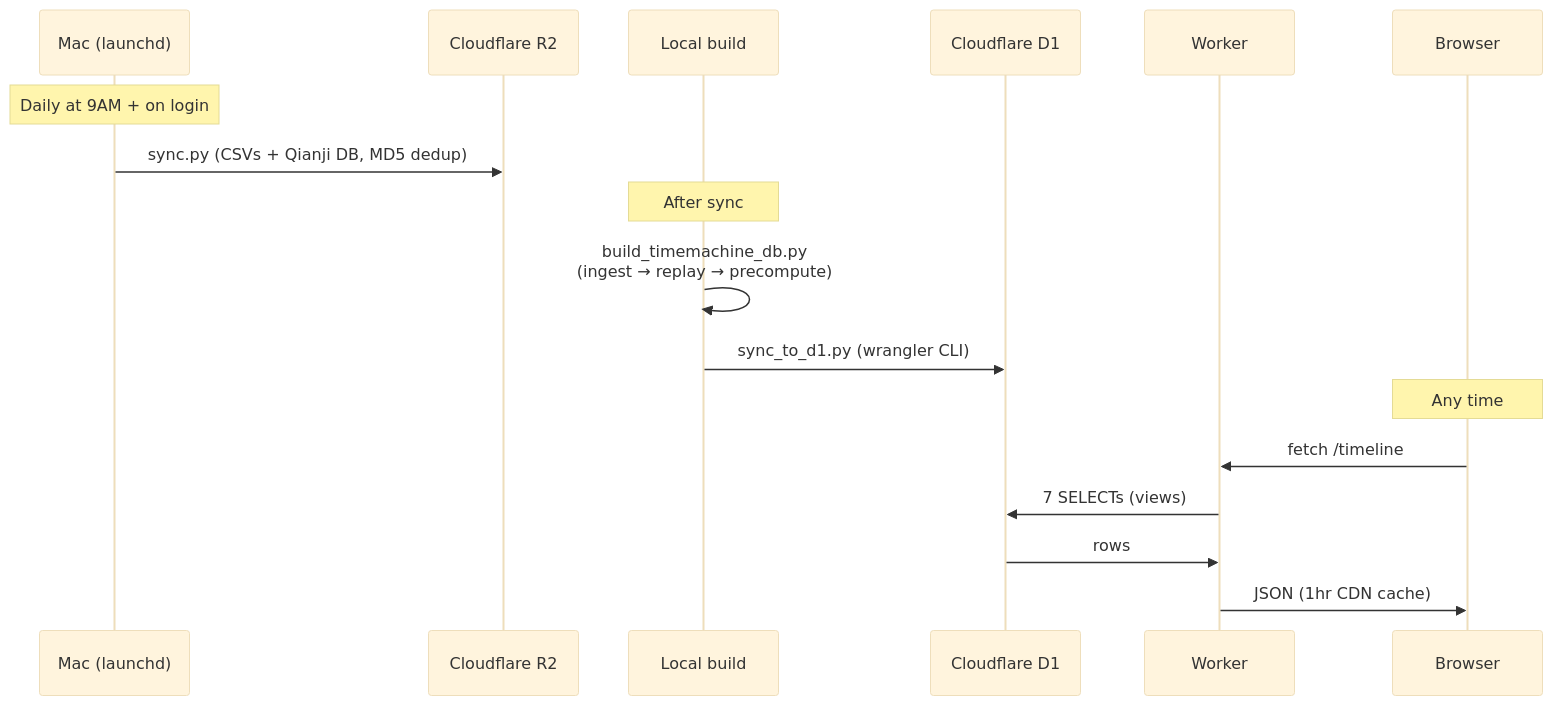
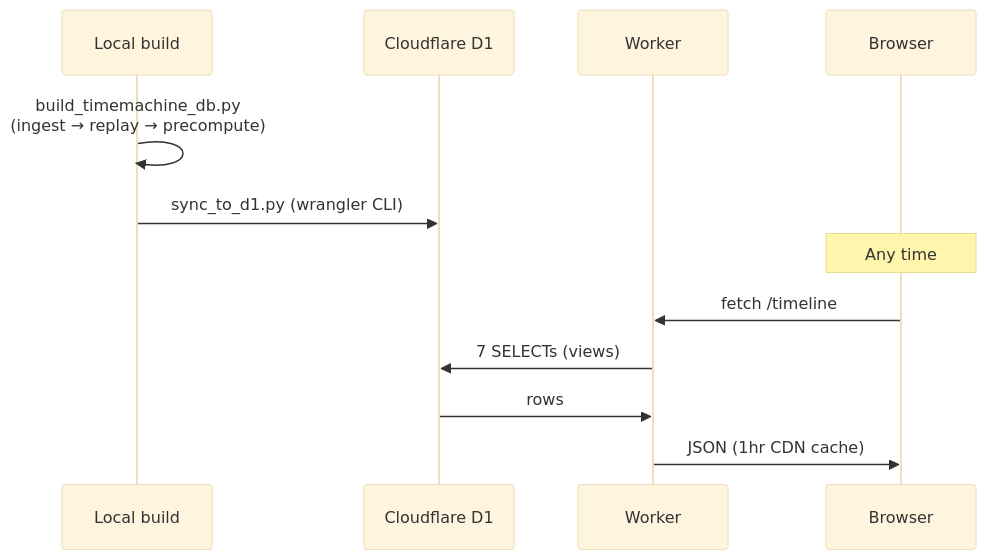
One commit to Guoyuer/portal changed the second of 3 diagrams in README.md. Above: the diagram before and after it, drawn with Mermaid (base theme). The commit also changed other lines of this file and 2 other files, not shown here.

````diff
--- a/README.md
+++ b/README.md
@@ -66,22 +48,16 @@
 ```mermaid
 sequenceDiagram
-    participant Mac as Mac (launchd)
-    participant R2 as Cloudflare R2
     participant Local as Local build
     participant D1 as Cloudflare D1
     participant Worker as Worker
     participant User as Browser
 
-    Note over Mac: Daily at 9AM + on login
-    Mac->>R2: sync.py (CSVs + Qianji DB, MD5 dedup)
-
-    Note over Local: After sync
     Local->>Local: build_timemachine_db.py<br/>(ingest → replay → precompute)
     Local->>D1: sync_to_d1.py (wrangler CLI)
 
     Note over User: Any time
     User->>Worker: fetch /timeline
     Worker->>D1: 7 SELECTs (views)
     D1->>Worker: rows
     Worker->>User: JSON (1hr CDN cache)
 ```
````
